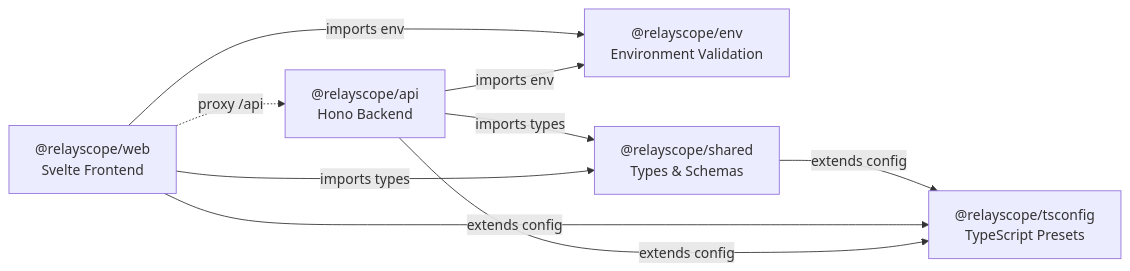
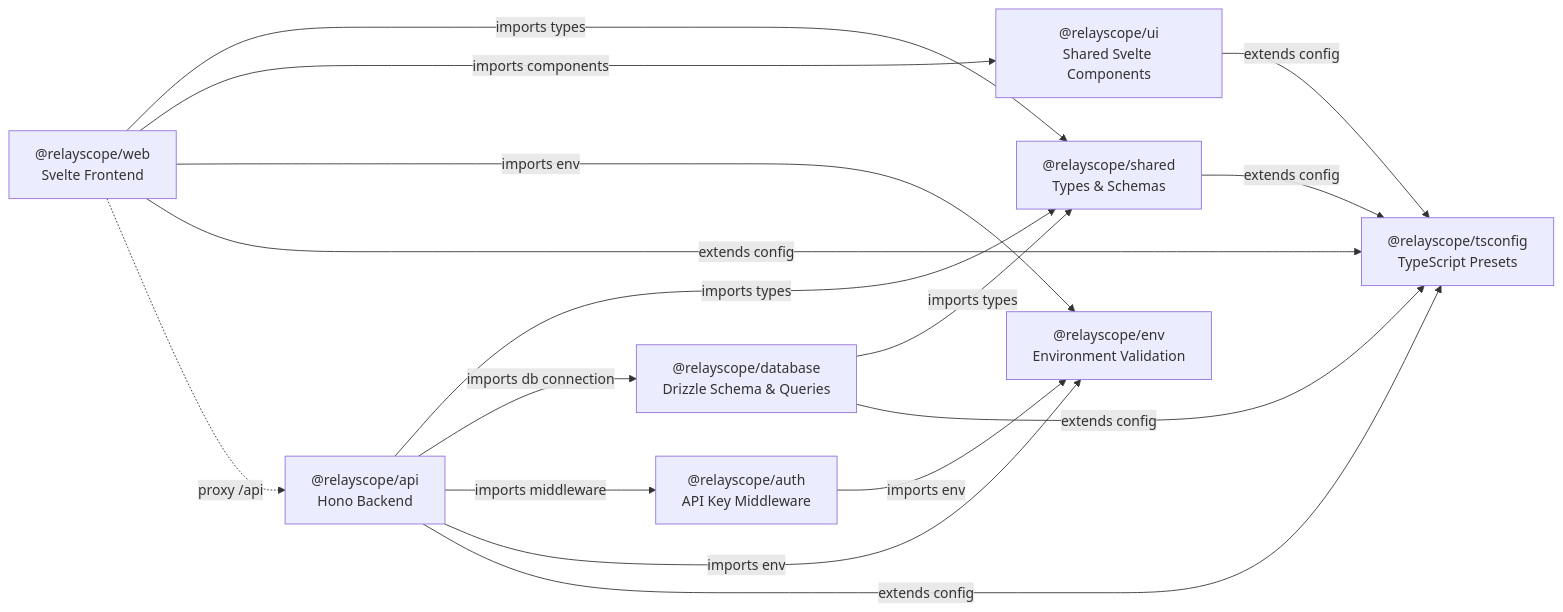
The second of 5 diagrams in docs/architecture/overview.md (saad-tayyab/relay-dog), drawn with Mermaid before and after one commit. The commit also changed other lines of this file and 105 other files, not shown here.

First line of the commit message:
Refactor(monorepo): add database/auth/ui packages

````diff
--- a/docs/architecture/overview.md
+++ b/docs/architecture/overview.md
@@ -39,17 +39,27 @@
 ```mermaid
 graph LR
     ENV["@relayscope/env<br/>Environment Validation"]
     TSCONFIG["@relayscope/tsconfig<br/>TypeScript Presets"]
     SHARED["@relayscope/shared<br/>Types & Schemas"]
+    DB["@relayscope/database<br/>Drizzle Schema & Queries"]
+    AUTH["@relayscope/auth<br/>API Key Middleware"]
+    UI["@relayscope/ui<br/>Shared Svelte Components"]
     WEB["@relayscope/web<br/>Svelte Frontend"]
     API["@relayscope/api<br/>Hono Backend"]
 
     WEB -->|"imports types"| SHARED
+    WEB -->|"imports components"| UI
     API -->|"imports types"| SHARED
+    API -->|"imports db connection"| DB
+    API -->|"imports middleware"| AUTH
+    DB -->|"imports types"| SHARED
+    AUTH -->|"imports env"| ENV
     API -->|"imports env"| ENV
     WEB -->|"imports env"| ENV
+    DB -->|"extends config"| TSCONFIG
+    UI -->|"extends config"| TSCONFIG
     API -->|"extends config"| TSCONFIG
     WEB -->|"extends config"| TSCONFIG
     SHARED -->|"extends config"| TSCONFIG
     WEB -.->|"proxy /api"| API
 ```
````
